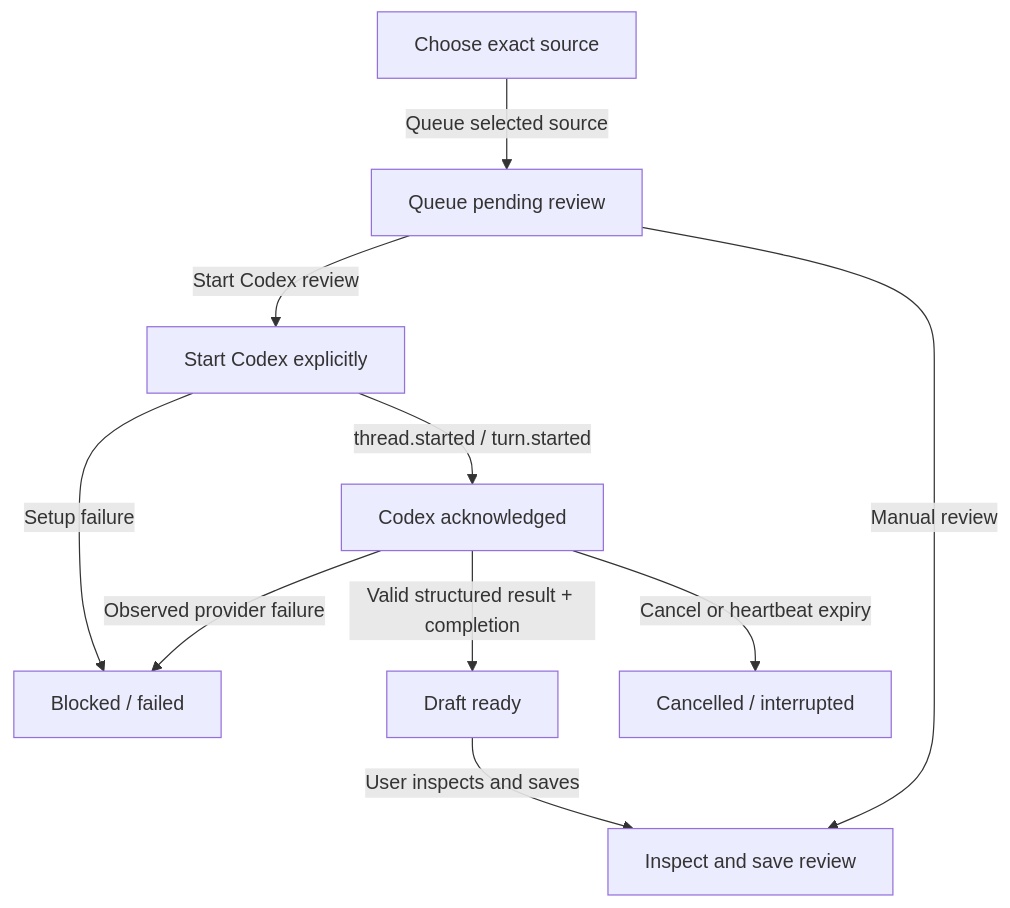
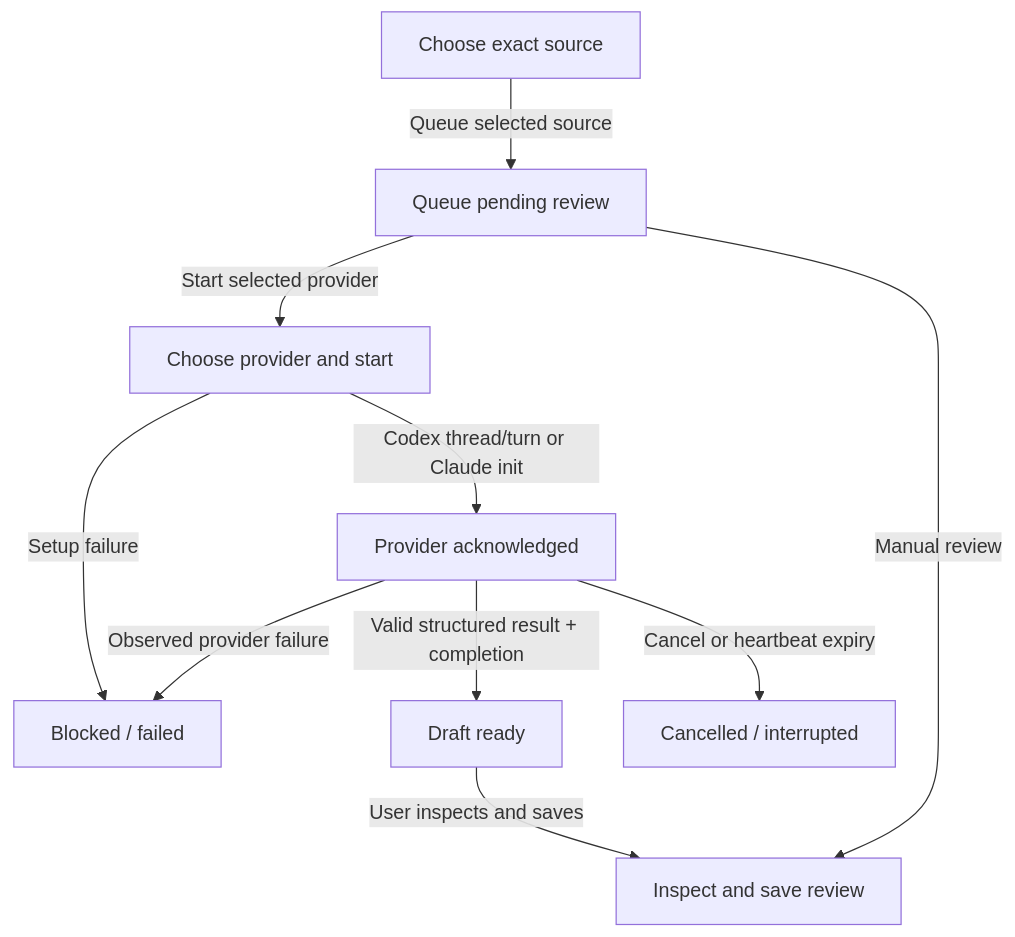
One commit to jayvir-git/why-did-i-save-that changed the second of 9 diagrams in docs/visual-spec.md. Above: the diagram before and after it, drawn with Mermaid. The commit also changed other lines of this file and 20 other files, not shown here.

Commit message:
Add repeatable agent setup and Claude Code review provider

````diff
--- a/docs/visual-spec.md
+++ b/docs/visual-spec.md
@@ -47,20 +47,20 @@
 ```mermaid
 flowchart TD
   choose["Choose exact source"]
   pending["Queue pending review"]
-  starting["Start Codex explicitly"]
-  running["Codex acknowledged"]
+  starting["Choose provider and start"]
+  running["Provider acknowledged"]
   blocked["Blocked / failed"]
   draft["Draft ready"]
   complete["Inspect and save review"]
   stopped["Cancelled / interrupted"]
   choose -->|"Queue selected source"| pending
-  pending -->|"Start Codex review"| starting
-  starting -->|"thread.started / turn.started"| running
+  pending -->|"Start selected provider"| starting
+  starting -->|"Codex thread/turn or Claude init"| running
   starting -->|"Setup failure"| blocked
   running -->|"Observed provider failure"| blocked
   running -->|"Valid structured result + completion"| draft
   draft -->|"User inspects and saves"| complete
   pending -->|"Manual review"| complete
   running -->|"Cancel or heartbeat expiry"| stopped
 ```
````
